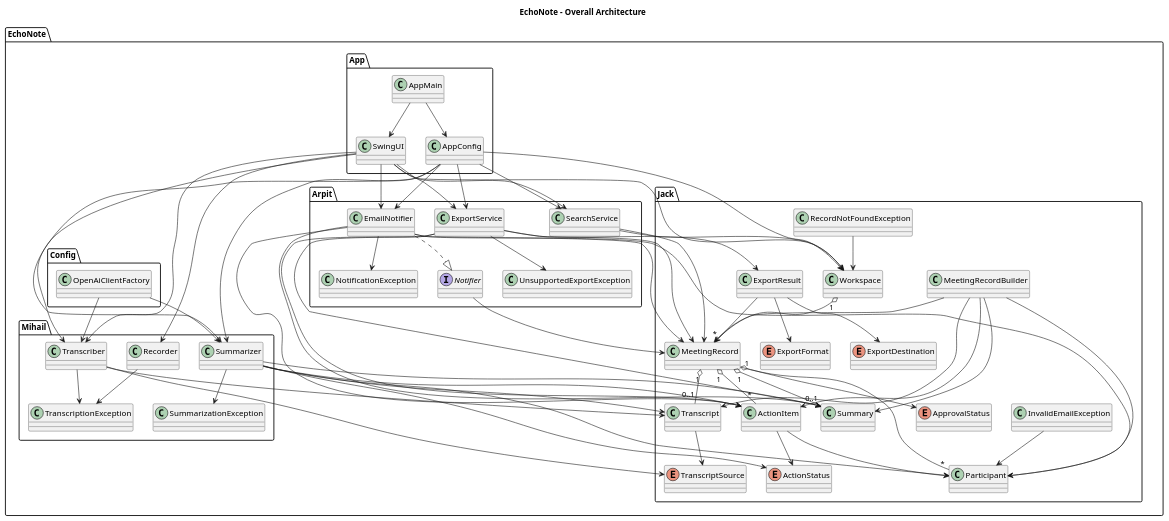
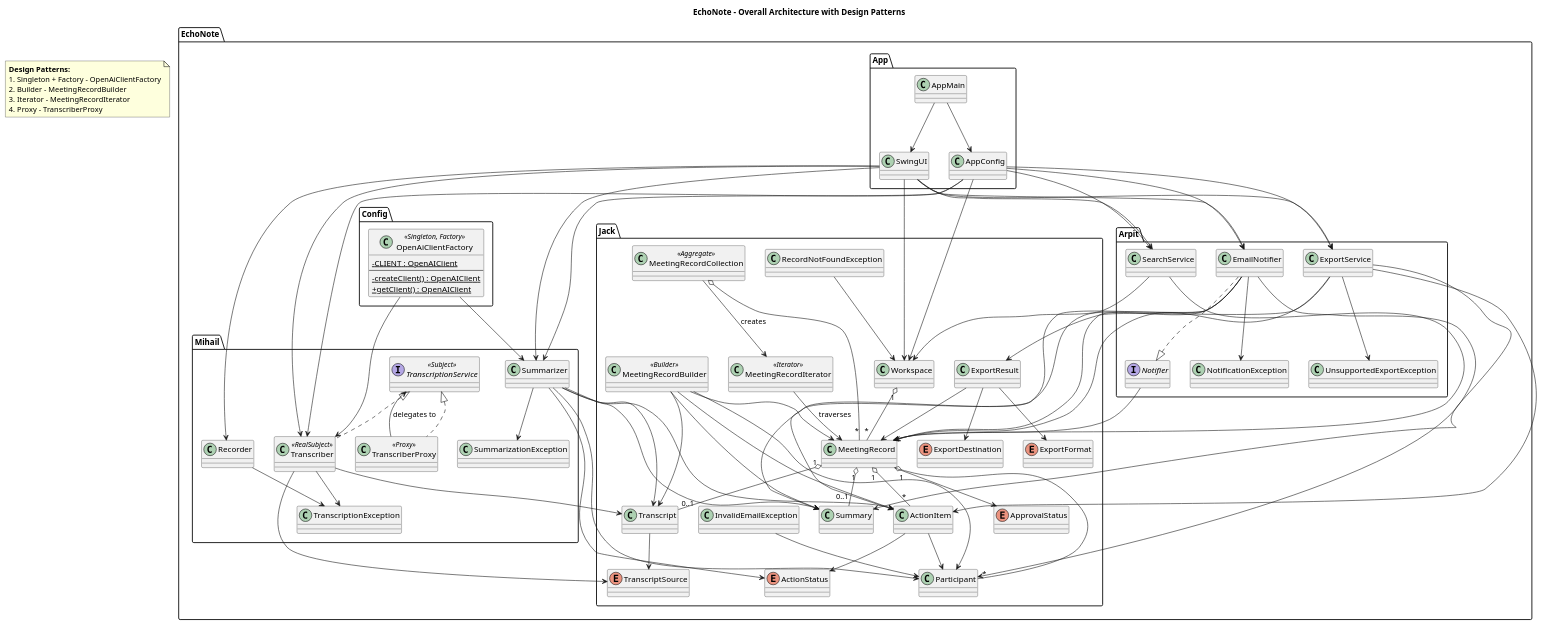
The diagram in src/main/resources/uml/Master.puml (jrmorris29/CS-5800.01-Final-Startup-Submission), drawn with PlantUML before and after one commit. The commit also changed 58 other files, not shown here.

Commit message:
Part 1 - Refactor with Design Patterns

```diff
--- a/src/main/resources/uml/Master.puml
+++ b/src/main/resources/uml/Master.puml
@@ -1,129 +1,158 @@
 @startuml
-title EchoNote - Overall Architecture
+title EchoNote - Overall Architecture with Design Patterns
+
+skinparam classAttributeIconSize 0
+
+note as DesignPatterns
+  **Design Patterns:**
+  1. Singleton + Factory - OpenAiClientFactory
+  2. Builder - MeetingRecordBuilder
+  3. Iterator - MeetingRecordIterator
+  4. Proxy - TranscriberProxy
+end note
 
 package "EchoNote.App" {
     class AppMain
     class AppConfig
     class SwingUI
 }
 
 package "EchoNote.Config" {
-    class OpenAiClientFactory
+    class OpenAiClientFactory <<Singleton, Factory>> {
+        - {static} CLIENT : OpenAIClient
+        --
+        - {static} createClient() : OpenAIClient
+        + {static} getClient() : OpenAIClient
+    }
 }
 
 package "EchoNote.Jack" {
     class Workspace
     class MeetingRecord
-    class MeetingRecordBuilder
+    class MeetingRecordBuilder <<Builder>>
+    class MeetingRecordCollection <<Aggregate>>
+    class MeetingRecordIterator <<Iterator>>
     class Participant
     class Transcript
     class Summary
     class ActionItem
 
     enum TranscriptSource
     enum ApprovalStatus
     enum ActionStatus
 
     enum ExportFormat
     enum ExportDestination
     class ExportResult
 
     class InvalidEmailException
     class RecordNotFoundException
 }
 
 package "EchoNote.Mihail" {
     class Recorder
-    class Transcriber
+    interface TranscriptionService <<Subject>>
+    class Transcriber <<RealSubject>>
+    class TranscriberProxy <<Proxy>>
     class Summarizer
     class TranscriptionException
     class SummarizationException
 }
 
 package "EchoNote.Arpit" {
     class ExportService
     class SearchService
     interface Notifier
     class EmailNotifier
     class NotificationException
     class UnsupportedExportException
 }
 
 AppMain --> AppConfig
 AppMain --> SwingUI
 
 AppConfig --> Workspace
 AppConfig --> Transcriber
 AppConfig --> Summarizer
 AppConfig --> ExportService
 AppConfig --> SearchService
 AppConfig --> EmailNotifier
 
 SwingUI --> Workspace
 SwingUI --> Transcriber
 SwingUI --> Summarizer
 SwingUI --> ExportService
 SwingUI --> SearchService
 SwingUI --> EmailNotifier
 SwingUI --> Recorder
 
 OpenAiClientFactory --> Transcriber
 OpenAiClientFactory --> Summarizer
 
 Workspace "1" o-- "*" MeetingRecord
 
 MeetingRecord "1" o-- "*" Participant
 MeetingRecord "1" o-- "*" ActionItem
 MeetingRecord "1" o-- "0..1" Transcript
 MeetingRecord "1" o-- "0..1" Summary
 
 MeetingRecord --> ApprovalStatus
 Transcript --> TranscriptSource
 ActionItem --> ActionStatus
 ActionItem --> Participant
 
 MeetingRecordBuilder --> MeetingRecord
 MeetingRecordBuilder --> Participant
 MeetingRecordBuilder --> ActionItem
 MeetingRecordBuilder --> Transcript
 MeetingRecordBuilder --> Summary
 
 ExportResult --> MeetingRecord
 ExportResult --> ExportFormat
 ExportResult --> ExportDestination
 
 InvalidEmailException --> Participant
 RecordNotFoundException --> Workspace
 
 Recorder --> TranscriptionException
 
+' Iterator Pattern
+MeetingRecordCollection o-- "*" MeetingRecord
+MeetingRecordCollection --> MeetingRecordIterator : creates
+MeetingRecordIterator --> MeetingRecord : traverses
+
+' Proxy Pattern
+TranscriptionService <|.. Transcriber
+TranscriptionService <|.. TranscriberProxy
+TranscriberProxy --> TranscriptionService : delegates to
+
 Transcriber --> Transcript
 Transcriber --> TranscriptSource
 Transcriber --> TranscriptionException
 
 Summarizer --> Transcript
 Summarizer --> Summary
 Summarizer --> ActionItem
 Summarizer --> Participant
 Summarizer --> ActionStatus
 Summarizer --> SummarizationException
 
 SearchService --> Workspace
 SearchService --> MeetingRecord
 
 ExportService --> MeetingRecord
 ExportService --> ExportResult
 ExportService --> Summary
 ExportService --> ActionItem
 ExportService --> UnsupportedExportException
 
 Notifier --> MeetingRecord
 
 EmailNotifier ..|> Notifier
 EmailNotifier --> MeetingRecord
 EmailNotifier --> Participant
 EmailNotifier --> Summary
 EmailNotifier --> ActionItem
 EmailNotifier --> NotificationException
 
 @enduml
```
